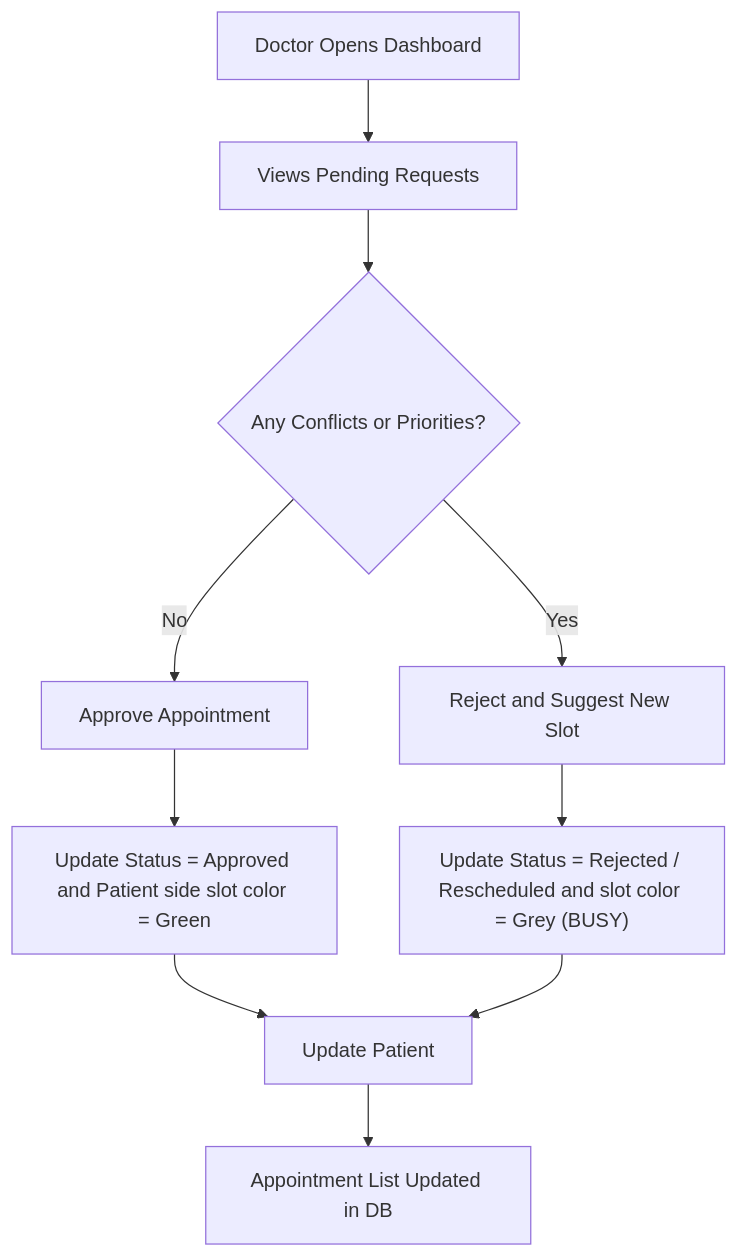
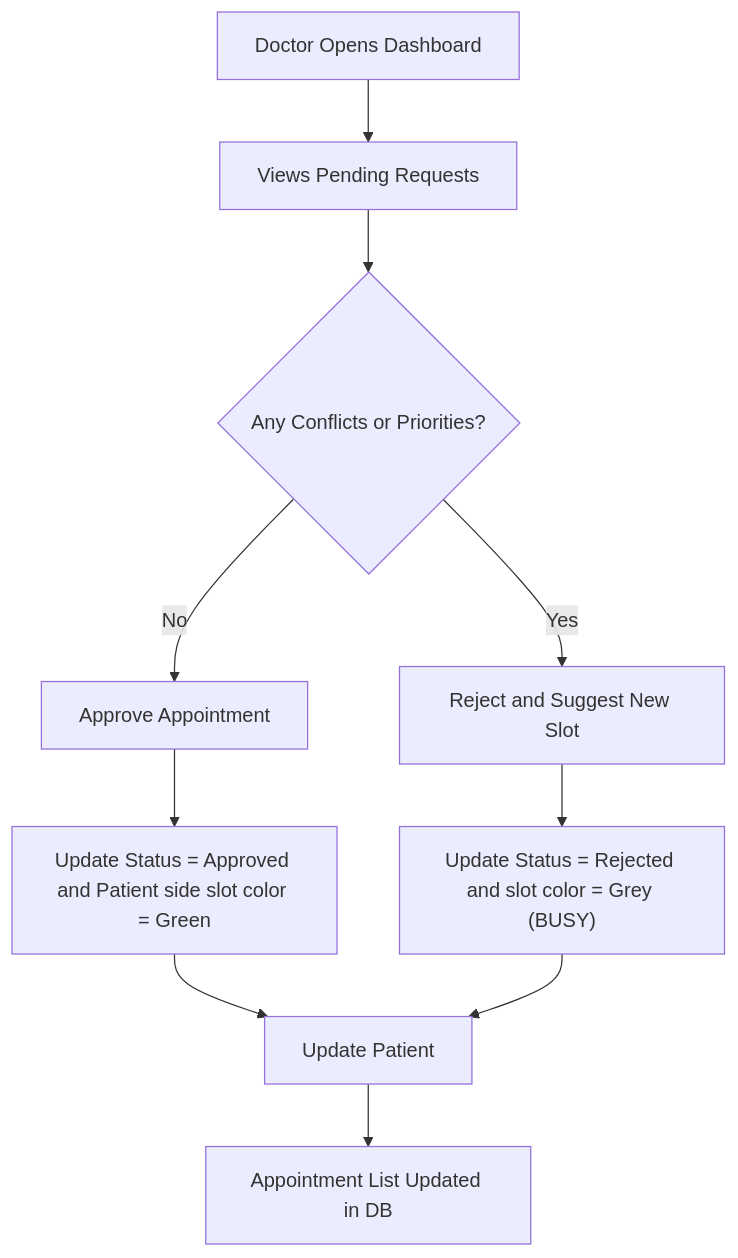
One commit to akshu-mishra/medilink changed the fourth of 5 diagrams in docs/functional_usecase.md. Above: the diagram before and after it, drawn with Mermaid. The commit also changed 5 other files, not shown here.

````diff
--- a/docs/functional_usecase.md
+++ b/docs/functional_usecase.md
@@ -114,12 +114,12 @@
 ```mermaid
 flowchart TD
     A["Doctor Opens Dashboard"] --> B["Views Pending Requests"]
     B --> C{"Any Conflicts or Priorities?"}
     C -->|No| D["Approve Appointment"]
     C -->|Yes| E["Reject and Suggest New Slot"]
     D --> F["Update Status = Approved and Patient side slot color = Green"]
-    E --> G["Update Status = Rejected / Rescheduled and slot color = Grey (BUSY)"]
+    E --> G["Update Status = Rejected and slot color = Grey (BUSY)"]
     F --> H["Update Patient"]
     G --> H
     H --> I["Appointment List Updated in DB"]
 ```
````
